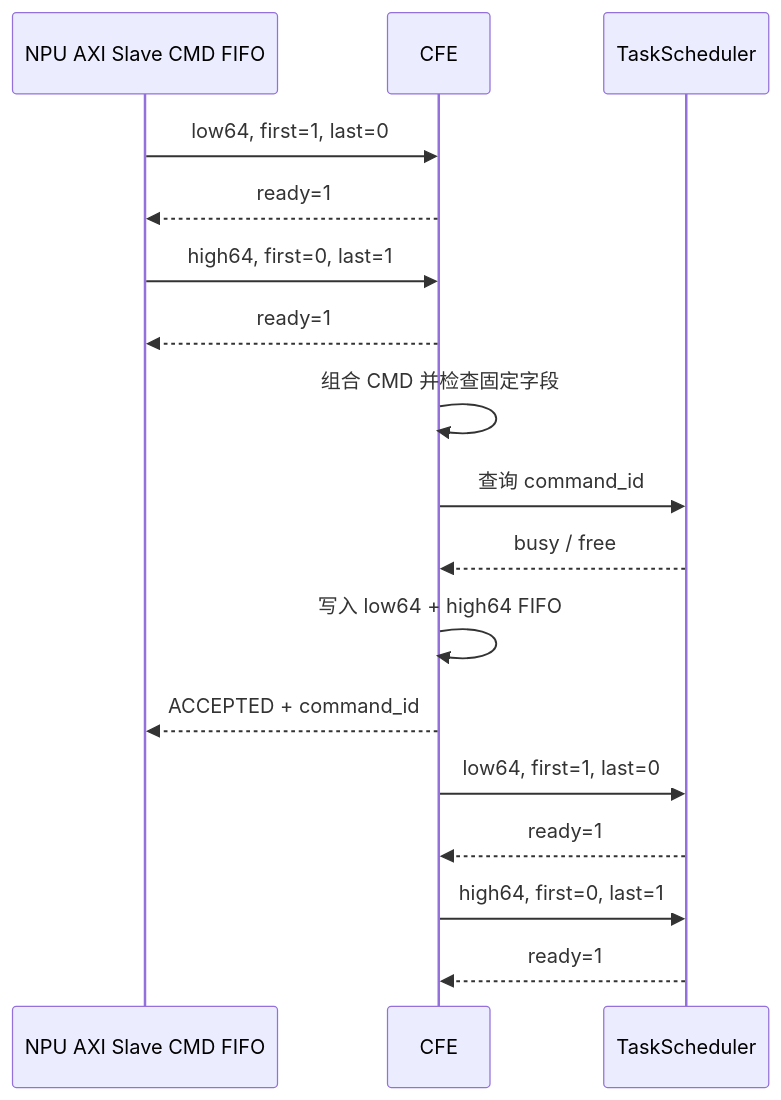
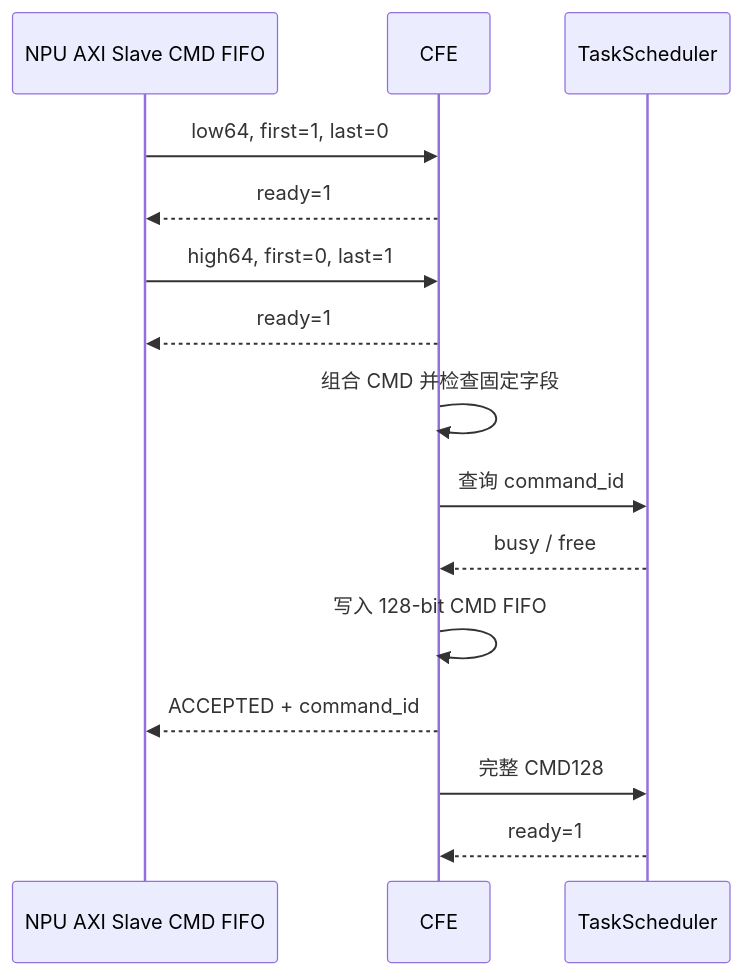
One commit to Little-W/Obsidian changed the fifth of 17 diagrams in NPU/NPU 指令与硬件架构设计 Spec.md. Above: the diagram before and after it, drawn with Mermaid. The commit also changed other lines of this file and 134 other files, not shown here.

````diff
--- a/NPU/NPU 指令与硬件架构设计 Spec.md
+++ b/NPU/NPU 指令与硬件架构设计 Spec.md
@@ -1373,21 +1436,19 @@
 ```mermaid
 %%{init: {"sequence": {"useMaxWidth": true, "actorMargin": 14, "width": 82, "messageMargin": 10, "noteMargin": 6}, "themeVariables": {"fontSize": "11px"}}}%%
 sequenceDiagram
     participant AXIS as NPU AXI Slave CMD FIFO
     participant CFE
     participant TS as TaskScheduler
 
     AXIS->>CFE: low64, first=1, last=0
     CFE-->>AXIS: ready=1
     AXIS->>CFE: high64, first=0, last=1
     CFE-->>AXIS: ready=1
     CFE->>CFE: 组合 CMD 并检查固定字段
     CFE->>TS: 查询 command_id
     TS-->>CFE: busy / free
-    CFE->>CFE: 写入 low64 + high64 FIFO
+    CFE->>CFE: 写入 128-bit CMD FIFO
     CFE-->>AXIS: ACCEPTED + command_id
-    CFE->>TS: low64, first=1, last=0
-    TS-->>CFE: ready=1
-    CFE->>TS: high64, first=0, last=1
+    CFE->>TS: 完整 CMD128
     TS-->>CFE: ready=1
 ```
````
